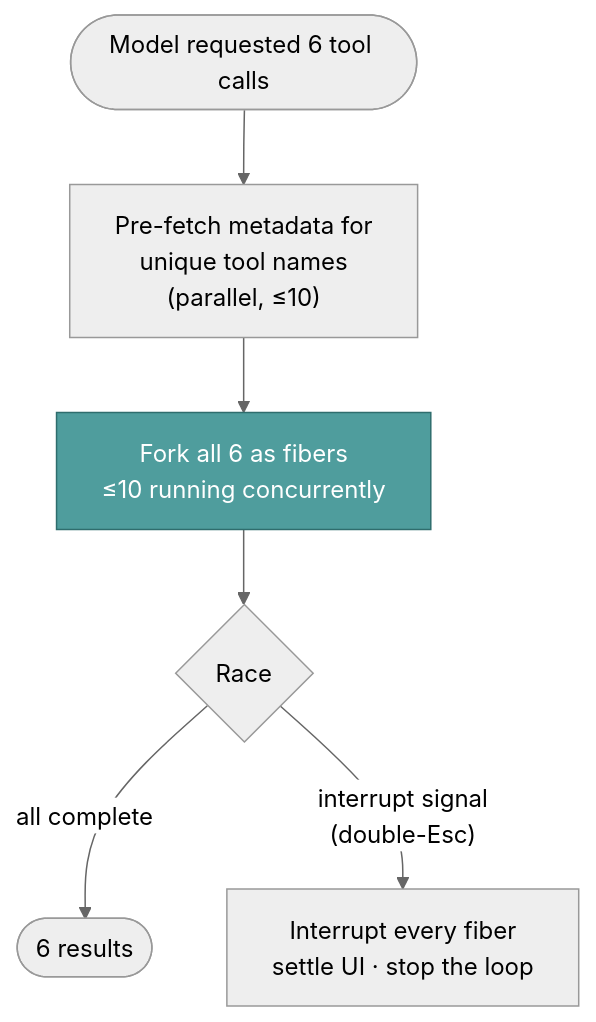
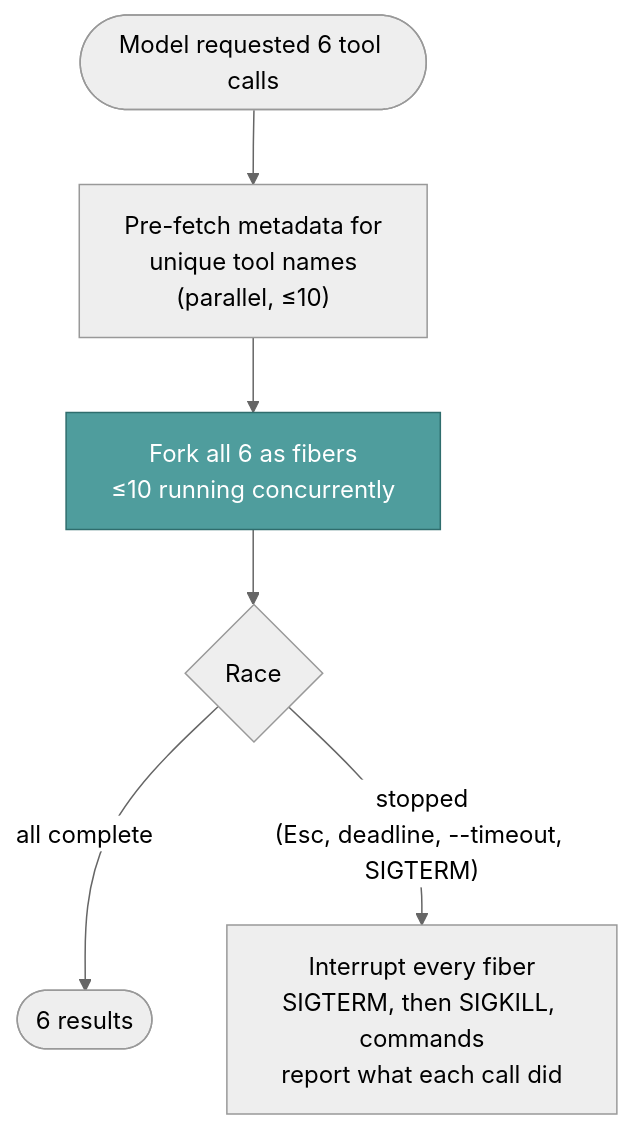
One commit to lvndry/jazz changed the fourth of 4 diagrams in docs/maintainers/tool-lifecycle.md. Above: the diagram before and after it, drawn with Mermaid (neutral theme). The commit also changed other lines of this file and 13 other files, not shown here.

````diff
--- a/docs/maintainers/tool-lifecycle.md
+++ b/docs/maintainers/tool-lifecycle.md
@@ -318,11 +318,11 @@
 ```mermaid
 flowchart TB
     BATCH(["Model requested 6 tool calls"]) --> META["Pre-fetch metadata for<br/>unique tool names<br/>(parallel, ≤10)"]
     META --> FORK["Fork all 6 as fibers<br/>≤10 running concurrently"]
     FORK --> JOIN{"Race"}
     JOIN -->|"all complete"| RESULTS(["6 results"])
-    JOIN -->|"interrupt signal<br/>(double-Esc)"| KILL["Interrupt every fiber<br/>settle UI · stop the loop"]
+    JOIN -->|"stopped<br/>(Esc, deadline, --timeout, SIGTERM)"| KILL["Interrupt every fiber<br/>SIGTERM, then SIGKILL, commands<br/>report what each call did"]
 
     classDef act fill:#4f9d9d,stroke:#2f6d6d,color:#ffffff
     class FORK act
 ```
````
